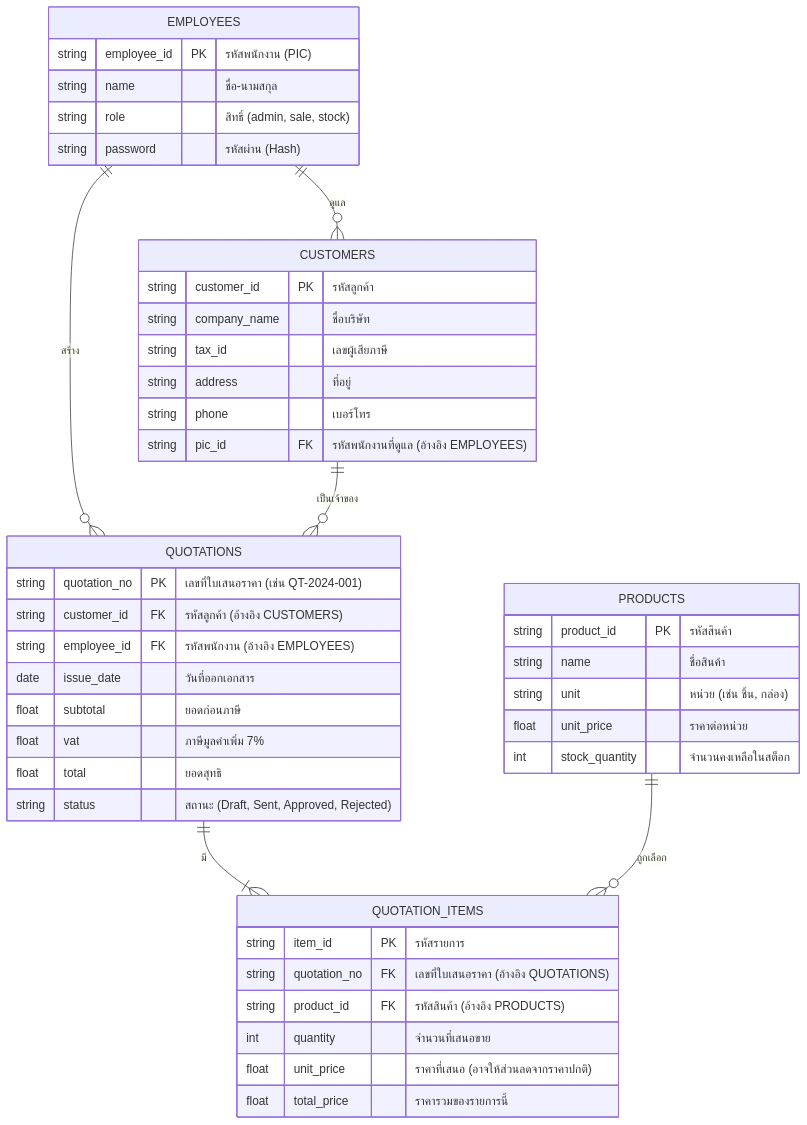
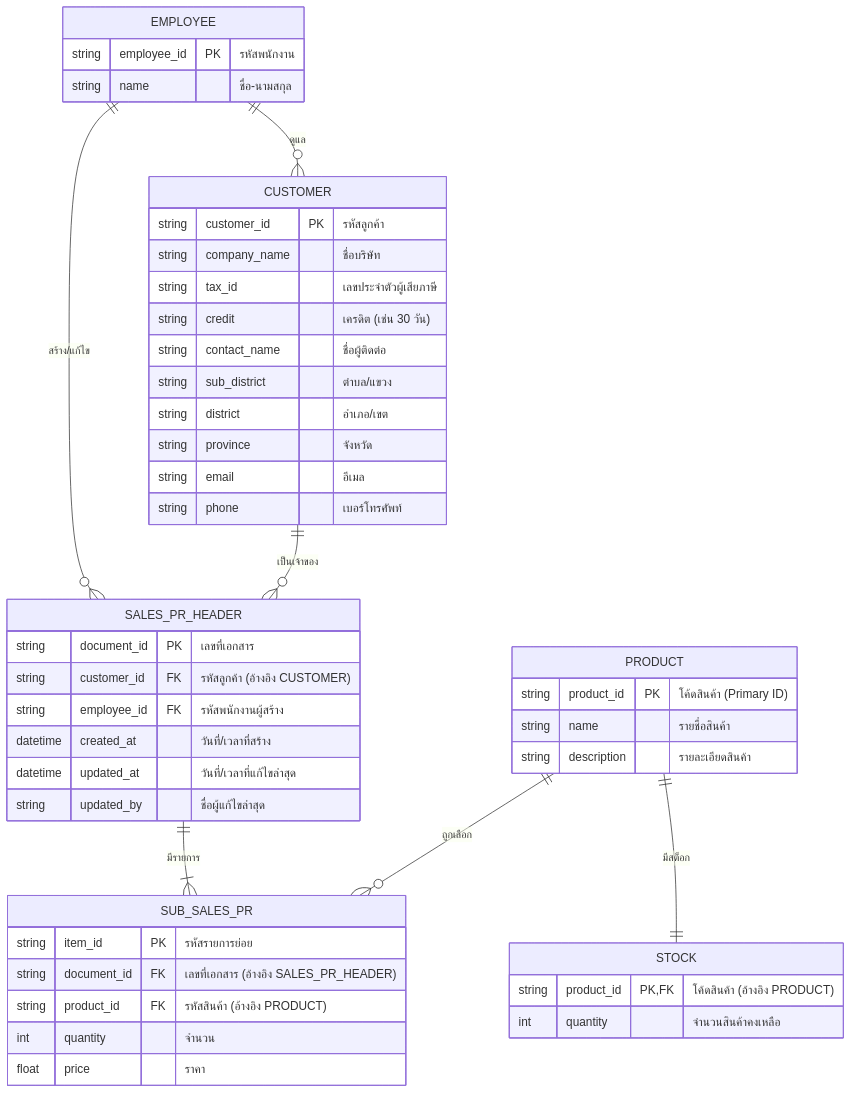
One commit to weerapatr48-ops/project-n8n changed the second of 2 diagrams in ARCHITECTURE.md. Above: the diagram before and after it, drawn with Mermaid. The commit also changed other lines of this file and 5 other files, not shown here.

````diff
--- a/ARCHITECTURE.md
+++ b/ARCHITECTURE.md
@@ -32,52 +32,55 @@
 ```mermaid
 erDiagram
-    EMPLOYEES ||--o{ CUSTOMERS : "ดูแล"
-    EMPLOYEES ||--o{ QUOTATIONS : "สร้าง"
-    CUSTOMERS ||--o{ QUOTATIONS : "เป็นเจ้าของ"
-    QUOTATIONS ||--|{ QUOTATION_ITEMS : "มี"
-    PRODUCTS ||--o{ QUOTATION_ITEMS : "ถูกเลือก"
+    EMPLOYEE ||--o{ CUSTOMER : "ดูแล"
+    EMPLOYEE ||--o{ SALES_PR_HEADER : "สร้าง/แก้ไข"
+    CUSTOMER ||--o{ SALES_PR_HEADER : "เป็นเจ้าของ"
+    SALES_PR_HEADER ||--|{ SUB_SALES_PR : "มีรายการ"
+    PRODUCT ||--|| STOCK : "มีสต็อก"
+    PRODUCT ||--o{ SUB_SALES_PR : "ถูกเลือก"
 
-    EMPLOYEES {
-        string employee_id PK "รหัสพนักงาน (PIC)"
+    EMPLOYEE {
+        string employee_id PK "รหัสพนักงาน"
         string name "ชื่อ-นามสกุล"
-        string role "สิทธิ์ (admin, sale, stock)"
-        string password "รหัสผ่าน (Hash)"
     }
 
-    CUSTOMERS {
+    CUSTOMER {
         string customer_id PK "รหัสลูกค้า"
         string company_name "ชื่อบริษัท"
-        string tax_id "เลขผู้เสียภาษี"
-        string address "ที่อยู่"
-        string phone "เบอร์โทร"
-        string pic_id FK "รหัสพนักงานที่ดูแล (อ้างอิง EMPLOYEES)"
+        string tax_id "เลขประจำตัวผู้เสียภาษี"
+        string credit "เครดิต (เช่น 30 วัน)"
+        string contact_name "ชื่อผู้ติดต่อ"
+        string sub_district "ตำบล/แขวง"
+        string district "อำเภอ/เขต"
+        string province "จังหวัด"
+        string email "อีเมล"
+        string phone "เบอร์โทรศัพท์"
     }
 
-    PRODUCTS {
-        string product_id PK "รหัสสินค้า"
-        string name "ชื่อสินค้า"
-        string unit "หน่วย (เช่น ชิ้น, กล่อง)"
-        float unit_price "ราคาต่อหน่วย"
-        int stock_quantity "จำนวนคงเหลือในสต็อก"
+    PRODUCT {
+        string product_id PK "โค้ดสินค้า (Primary ID)"
+        string name "รายชื่อสินค้า"
+        string description "รายละเอียดสินค้า"
     }
 
-    QUOTATIONS {
-        string quotation_no PK "เลขที่ใบเสนอราคา (เช่น QT-2024-001)"
-        string customer_id FK "รหัสลูกค้า (อ้างอิง CUSTOMERS)"
-        string employee_id FK "รหัสพนักงาน (อ้างอิง EMPLOYEES)"
-        date issue_date "วันที่ออกเอกสาร"
-        float subtotal "ยอดก่อนภาษี"
-        float vat "ภาษีมูลค่าเพิ่ม 7%"
-        float total "ยอดสุทธิ"
-        string status "สถานะ (Draft, Sent, Approved, Rejected)"
+    STOCK {
+        string product_id PK, FK "โค้ดสินค้า (อ้างอิง PRODUCT)"
+        int quantity "จำนวนสินค้าคงเหลือ"
     }
 
-    QUOTATION_ITEMS {
-        string item_id PK "รหัสรายการ"
-        string quotation_no FK "เลขที่ใบเสนอราคา (อ้างอิง QUOTATIONS)"
-        string product_id FK "รหัสสินค้า (อ้างอิง PRODUCTS)"
-        int quantity "จำนวนที่เสนอขาย"
-        float unit_price "ราคาที่เสนอ (อาจให้ส่วนลดจากราคาปกติ)"
-        float total_price "ราคารวมของรายการนี้"
+    SALES_PR_HEADER {
+        string document_id PK "เลขที่เอกสาร"
+        string customer_id FK "รหัสลูกค้า (อ้างอิง CUSTOMER)"
+        string employee_id FK "รหัสพนักงานผู้สร้าง"
+        datetime created_at "วันที่/เวลาที่สร้าง"
+        datetime updated_at "วันที่/เวลาที่แก้ไขล่าสุด"
+        string updated_by "ชื่อผู้แก้ไขล่าสุด"
+    }
+
+    SUB_SALES_PR {
+        string item_id PK "รหัสรายการย่อย"
+        string document_id FK "เลขที่เอกสาร (อ้างอิง SALES_PR_HEADER)"
+        string product_id FK "รหัสสินค้า (อ้างอิง PRODUCT)"
+        int quantity "จำนวน"
+        float price "ราคา"
     }
 ```
````
